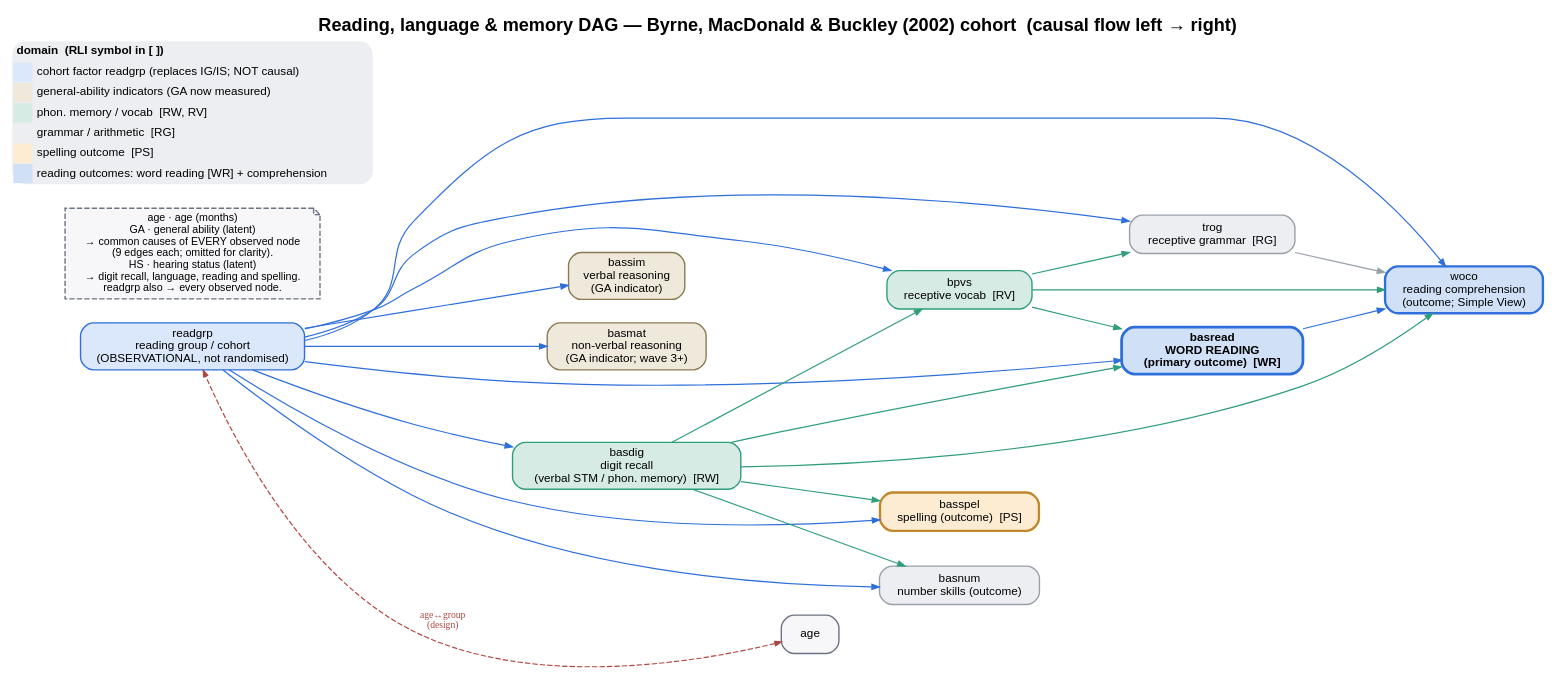
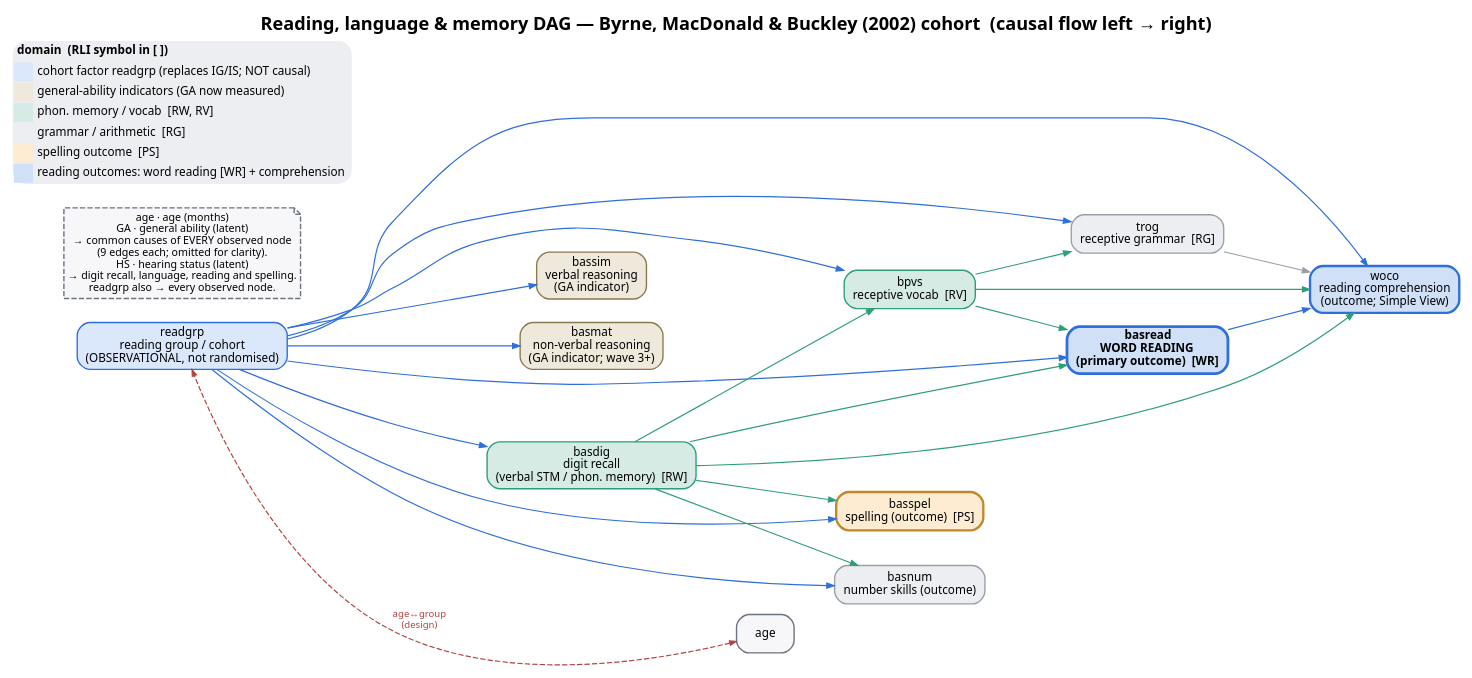
One commit to dseinternational/language-reading-predictors changed the diagram in dag/dag-reading-language-memory.dot. Above: the diagram before and after it, drawn with Graphviz. The commit also changed 405 other files, not shown here.

Commit message:
feat(reports): upgrade research utils to 0.16.0 and use Noto Sans and Noto Sans Math throughout (#694)

```diff
--- a/dag/dag-reading-language-memory.dot
+++ b/dag/dag-reading-language-memory.dot
@@ -1,74 +1,74 @@
 digraph RLM_DAG {
   rankdir=LR;
   bgcolor="white";
   labelloc="t";
-  fontname="Helvetica-Bold";
+  fontname="Noto Sans,sans-serif";
   fontsize=17;
-  label="Reading, language & memory DAG — Byrne, MacDonald & Buckley (2002) cohort  (causal flow left → right)";
+  label=<<B>Reading, language &amp; memory DAG — Byrne, MacDonald &amp; Buckley (2002) cohort  (causal flow left → right)</B>>;
   nodesep=0.30;
   ranksep=1.05;
   concentrate=false;
   splines=true;
-  node [shape=box, style="rounded,filled", fontname="Helvetica", fontsize=11,
+  node [shape=box, style="rounded,filled", fontname="Noto Sans,sans-serif", fontsize=11,
         margin="0.11,0.06", penwidth=1.3, color="#9aa0a8", fillcolor="#eceef1"];
-  edge [penwidth=1.1, arrowsize=0.7];
+  edge [penwidth=1.1, arrowsize=0.7, fontname="Noto Sans,sans-serif"];
 
   // ================= NODES =================
   readgrp [label="readgrp\nreading group / cohort\n(OBSERVATIONAL, not randomised)",
            fillcolor="#dbe8fb", color="#2f6fdb"];
 
   bassim [label="bassim\nverbal reasoning\n(GA indicator)", fillcolor="#efe9dc", color="#8a7a52"];
   basmat [label="basmat\nnon-verbal reasoning\n(GA indicator; wave 3+)", fillcolor="#efe9dc", color="#8a7a52"];
 
   basdig [label="basdig\ndigit recall\n(verbal STM / phon. memory)  [RW]", fillcolor="#d6ebe4", color="#2f9e78"];
   bpvs   [label="bpvs\nreceptive vocab  [RV]", fillcolor="#d6ebe4", color="#2f9e78"];
   trog   [label="trog\nreceptive grammar  [RG]", fillcolor="#eceef1", color="#9aa0a8"];
 
-  basread [label="basread\nWORD READING\n(primary outcome)  [WR]", fillcolor="#cfe0f7", color="#2f6fdb", penwidth=2.6, fontname="Helvetica-Bold"];
+  basread [label=<<TABLE BORDER="0" CELLSPACING="0" CELLPADDING="0"><TR><TD><B>basread</B></TD></TR><TR><TD><B>WORD READING</B></TD></TR><TR><TD><B>(primary outcome)  [WR]</B></TD></TR></TABLE>>, fillcolor="#cfe0f7", color="#2f6fdb", penwidth=2.6];
   basspel [label="basspel\nspelling (outcome)  [PS]", fillcolor="#fdecd2", color="#c2872a", penwidth=2.2];
   basnum  [label="basnum\nnumber skills (outcome)", fillcolor="#eceef1", color="#9aa0a8"];
   woco    [label="woco\nreading comprehension\n(outcome; Simple View)", fillcolor="#cfe0f7", color="#2f6fdb", penwidth=2.2];
 
   // background common causes (shown, edges summarised)
   ABG [label="age · age (months)\nGA · general ability (latent)\n→ common causes of EVERY observed node\n(9 edges each; omitted for clarity).\nHS · hearing status (latent)\n→ digit recall, language, reading and spelling.\nreadgrp also → every observed node.",
        shape=note, fillcolor="#f7f7f9", color="#6b7280", fontsize=10, style="filled,dashed"];
 
   LEG [shape=none, margin=0, label=<
     <table border="0" cellborder="0" cellspacing="1" cellpadding="3">
       <tr><td colspan="2" align="left"><b>domain  (RLI symbol in [ ])</b></td></tr>
       <tr><td bgcolor="#dbe8fb" width="18"> </td><td align="left">cohort factor readgrp (replaces IG/IS; NOT causal)</td></tr>
       <tr><td bgcolor="#efe9dc" width="18"> </td><td align="left">general-ability indicators (GA now measured)</td></tr>
       <tr><td bgcolor="#d6ebe4" width="18"> </td><td align="left">phon. memory / vocab  [RW, RV]</td></tr>
       <tr><td bgcolor="#eceef1" width="18"> </td><td align="left">grammar / arithmetic  [RG]</td></tr>
       <tr><td bgcolor="#fdecd2" width="18"> </td><td align="left">spelling outcome  [PS]</td></tr>
       <tr><td bgcolor="#cfe0f7" width="18"> </td><td align="left">reading outcomes: word reading [WR] + comprehension</td></tr>
     </table>>];
 
   // ================= EDGES (colored by source domain) =================
   edge [color="#2f6fdb"];            // cohort factor
   readgrp -> {bassim basmat basdig bpvs trog basread basspel basnum woco};
 
   edge [color="#2f9e78"];            // phon. memory / vocab
   basdig -> {bpvs basread basspel basnum woco};
   bpvs   -> {trog basread woco};
 
   edge [color="#9aa0a8"];            // grammar -> comprehension
   trog -> woco;
 
   edge [color="#2f6fdb"];            // word reading -> comprehension (Simple View)
   basread -> woco;
 
   // design-induced association (matching): reading-matched younger. Not causal.
   edge [color="#b0453f", style=dashed, dir=both, arrowsize=0.6, constraint=false];
   age_note -> readgrp [label=" age↔group\n (design)", fontsize=9, fontcolor="#b0453f"];
   age_note [label="age", shape=box, style="rounded,filled", fillcolor="#f7f7f9", color="#6b7280"];
 
   // ================= RANK HINTS =================
   {rank=source; readgrp; ABG; LEG;}
   {rank=same; bassim; basmat;}
   {rank=same; basdig;}
   {rank=same; bpvs;}
   {rank=same; trog; basread;}
   {rank=same; basspel; basnum;}
   {rank=sink; woco;}
 }
```
